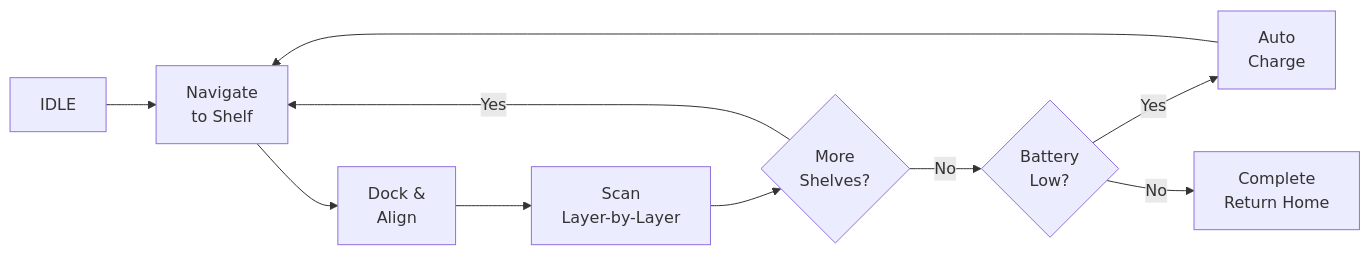
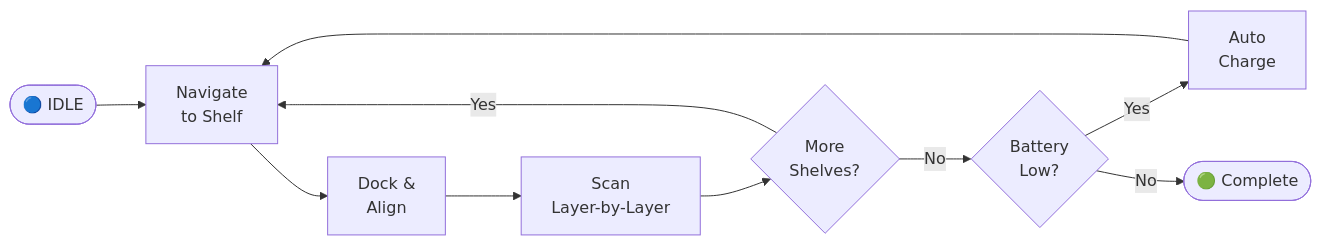
Before and after one commit to Rongxuan-Zhou/library-inventory-agv: the second of 2 diagrams in README.md, drawn with Mermaid. The commit also changed other lines of this file, not shown here.

````diff
--- a/README.md
+++ b/README.md
@@ -56,12 +92,12 @@
 ```mermaid
 flowchart LR
-    A["IDLE"] --> B["Navigate\nto Shelf"]
+    A(["🔵 IDLE"]) --> B["Navigate\nto Shelf"]
     B --> C["Dock &\nAlign"]
     C --> D["Scan\nLayer-by-Layer"]
     D --> E{"More\nShelves?"}
     E -- Yes --> B
     E -- No --> F{"Battery\nLow?"}
     F -- Yes --> G["Auto\nCharge"]
     G --> B
-    F -- No --> H["Complete\nReturn Home"]
+    F -- No --> H(["🟢 Complete"])
 ```
````
